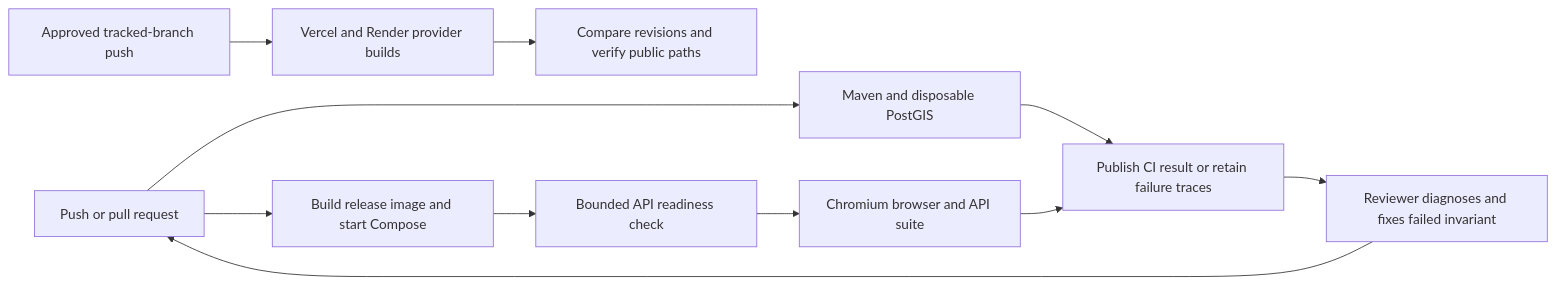
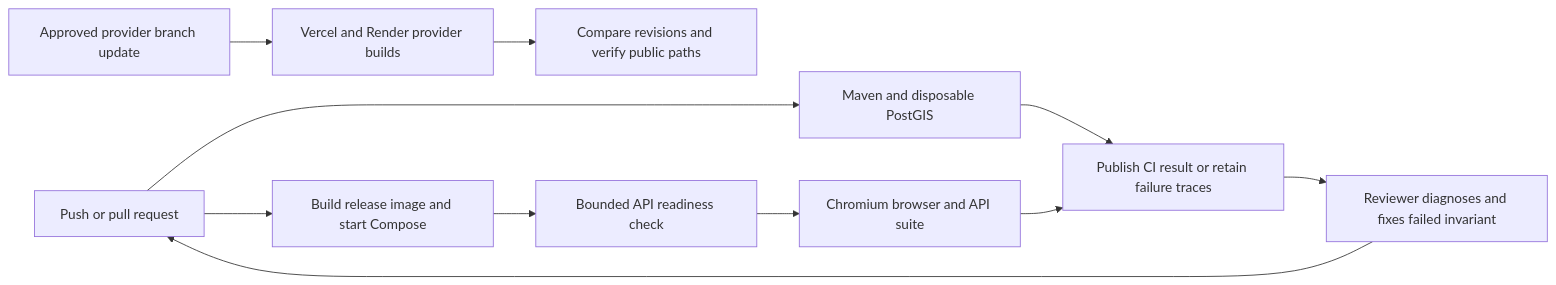
Before and after one commit to Manu577228/HydroGrid: the first of 3 diagrams in docs/evidence/lifecycle/08-automate.md, drawn with Mermaid. The commit also changed other lines of this file and 6 other files, not shown here.

Commit message:
Record the active Render branch after the split release merge

````diff
--- a/docs/evidence/lifecycle/08-automate.md
+++ b/docs/evidence/lifecycle/08-automate.md
@@ -9,13 +9,13 @@
 ```mermaid
 flowchart LR
     A["Push or pull request"] --> Backend["Maven and disposable PostGIS"]
     A --> Release["Build release image and start Compose"]
     Release --> Ready["Bounded API readiness check"]
     Ready --> PW["Chromium browser and API suite"]
     PW --> Logs["Publish CI result or retain failure traces"]
     Backend --> Logs
     Logs --> Fix["Reviewer diagnoses and fixes failed invariant"]
     Fix --> A
-    P["Approved tracked-branch push"] --> V["Vercel and Render provider builds"]
+    P["Approved provider branch update"] --> V["Vercel and Render provider builds"]
     V --> Smoke["Compare revisions and verify public paths"]
 ```
````
